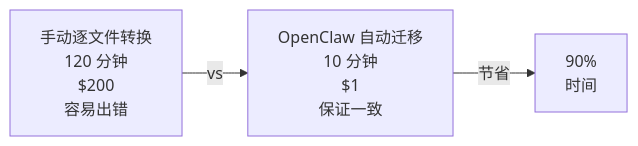
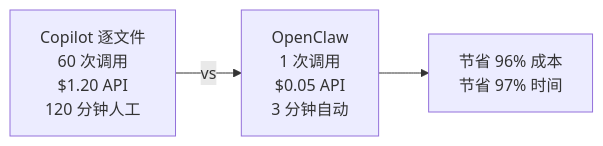
The sixth of 8 diagrams in content/posts/openclaw-copilot-automation.md (shawndenggh/shawndeng.tech), drawn with Mermaid before and after one commit. The commit also changed other lines of this file, not shown here.

Commit message:
refactor: clarify OpenClaw vs Copilot - focus on cost and model flexibility, not feature limitations

````diff
--- a/content/posts/openclaw-copilot-automation.md
+++ b/content/posts/openclaw-copilot-automation.md
@@ -415,5 +448,8 @@
 ```mermaid
 graph LR
-    A["手动逐文件转换<br/>120 分钟<br/>$200<br/>容易出错"] -->|vs| B["OpenClaw 自动迁移<br/>10 分钟<br/>$1<br/>保证一致"]
-    B -->|节省| C["90%<br/>时间"]
+    A["Copilot 逐文件<br/>60 次调用<br/>$1.20 API<br/>120 分钟人工"]
+    B["OpenClaw<br/>1 次调用<br/>$0.05 API<br/>3 分钟自动"]
+    
+    A -->|vs| B
+    B --> C["节省 96% 成本<br/>节省 97% 时间"]
 ```
````
